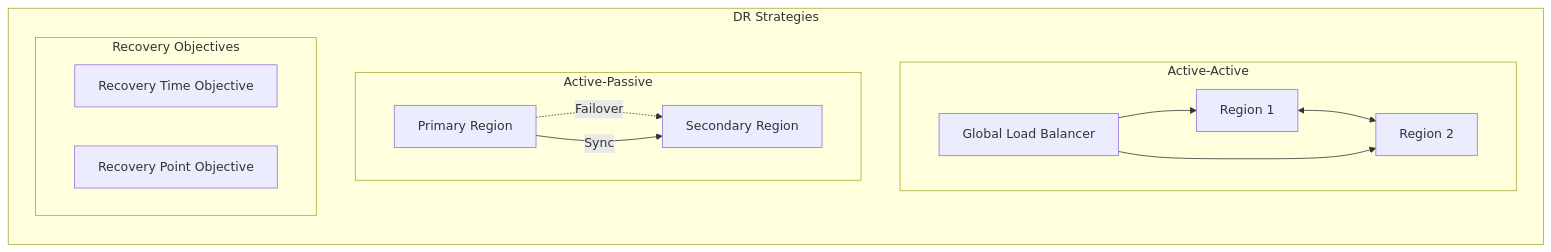
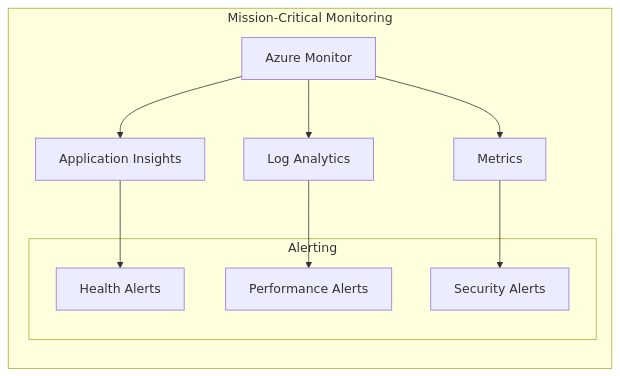
The third of 7 diagrams in src/High_Availability_Design.md (saravanakumarrc/Architecture_Journey), drawn with Mermaid before and after one commit. The commit also changed other lines of this file and 3 other files, not shown here.

Commit message:
Enhance documentation for High Availability Design and System Design Principles, adding detailed Azure implementation patterns, examples, and mermaid diagrams for clarity and better understanding.

````diff
--- a/src/High_Availability_Design.md
+++ b/src/High_Availability_Design.md
@@ -186,23 +395,20 @@
 ```mermaid
 graph TB
-    subgraph "DR Strategies"
+    subgraph "Mission-Critical Monitoring"
         direction TB
         
-        subgraph "Active-Active"
-            R1[Region 1] <--> R2[Region 2]
-            LB[Global Load Balancer]
-            LB --> R1
-            LB --> R2
+        AM[Azure Monitor] --> AI[Application Insights]
+        AM --> LA[Log Analytics]
+        AM --> M[Metrics]
+        
+        subgraph "Alerting"
+            A1[Health Alerts]
+            A2[Performance Alerts]
+            A3[Security Alerts]
         end
         
-        subgraph "Active-Passive"
-            P1[Primary Region] -.->|Failover| P2[Secondary Region]
-            P1 -->|Sync| P2
-        end
-        
-        subgraph "Recovery Objectives"
-            RTO[Recovery Time Objective]
-            RPO[Recovery Point Objective]
-        end
+        AI --> A1
+        LA --> A2
+        M --> A3
     end
 ```
````
